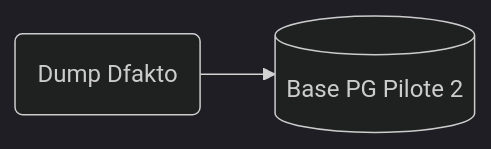
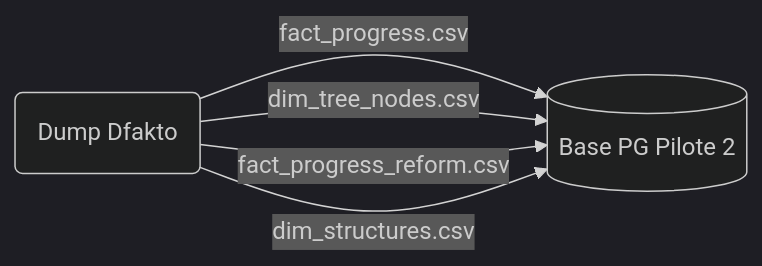
One commit to DITP-pilotage/pilote-2 changed the third of 4 diagrams in data/README.md. Above: the diagram before and after it, drawn with Mermaid (dark theme). The commit also changed other lines of this file and 2 other files, not shown here.

````diff
--- a/data/README.md
+++ b/data/README.md
@@ -198,4 +198,7 @@
 ``` mermaid
 graph LR
-DFAK(Dump Dfakto) --> | | PG[(Base PG Pilote 2)]
+DFAK(Dump Dfakto) --> |fact_progress.csv| PG[(Base PG Pilote 2)]
+DFAK --> |dim_tree_nodes.csv| PG
+DFAK --> |fact_progress_reform.csv| PG
+DFAK --> |dim_structures.csv| PG
 ```
````
